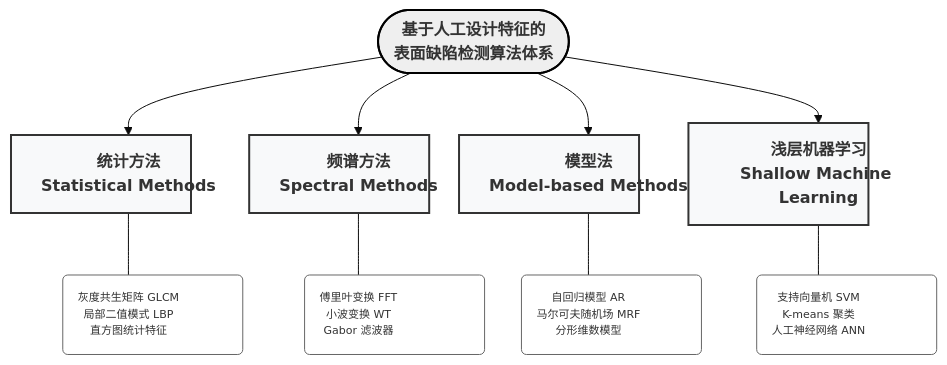
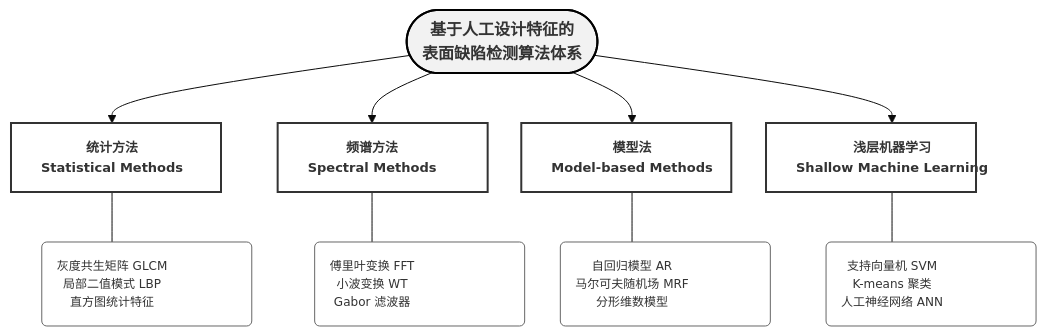
Before and after one commit to MAOSHENGsong/iodraw-files: the diagram in all/未命名-1.md, drawn with Mermaid (base theme).

Commit message:
2026-03-17 18:39:47 update

````diff
--- a/all/未命名-1.md
+++ b/all/未命名-1.md
@@ -1,46 +1,48 @@
 ```mermaid
 graph TB
-    %% 核心标题
+    %% 核心标题：双边弧形，加粗强调
     Main([基于人工设计特征的<br/>表面缺陷检测算法体系]) 
     
-    %% 第一层级：四大分支 (使用直角矩形)
+    %% 第一层级：四大分支 (直角矩形，深色边框)
     Statistical[统计方法<br/>Statistical Methods]
     Spectral[频谱方法<br/>Spectral Methods]
     Model[模型法<br/>Model-based Methods]
     Machine[浅层机器学习<br/>Shallow Machine Learning]
 
-    %% 第二层级：典型算法 (使用圆角矩形)
+    %% 第二层级：典型算法 (圆角矩形，细边框)
+    %% 通过在文字中手动加入 <br/> 确保不越位
     Sub_Stat(灰度共生矩阵 GLCM<br/>局部二值模式 LBP<br/>直方图统计特征)
     Sub_Spec(傅里叶变换 FFT<br/>小波变换 WT<br/>Gabor 滤波器)
     Sub_Mod(自回归模型 AR<br/>马尔可夫随机场 MRF<br/>分形维数模型)
     Sub_Mach(支持向量机 SVM<br/>K-means 聚类<br/>人工神经网络 ANN)
 
     %% 建立连接
     Main --> Statistical
     Main --> Spectral
     Main --> Model
     Main --> Machine
 
     Statistical --- Sub_Stat
     Spectral --- Sub_Spec
     Model --- Sub_Mod
     Machine --- Sub_Mach
 
-    %% --- 样式设计 ---
-    %% 标题：加粗，浅灰色背景
-    style Main fill:#efefef,stroke:#000,stroke-width:2px,font-weight:bold,width:250px
+    %% --- 样式设计：解决对齐与越位问题 ---
     
-    %% 第二层级：定义为 Level2 类，使用蓝色系（或深灰），加粗边框
-    classDef Level2 fill:#f8f9fa,stroke:#333,stroke-width:2px,width:180px,font-weight:bold;
+    %% 样式1：标题样式
+    style Main fill:#f2f2f2,stroke:#000,stroke-width:2px,font-weight:bold,width:260px
+    
+    %% 样式2：分类层级 (锁定 210px 宽度，确保容纳英文)
+    classDef Level2 fill:#ffffff,stroke:#333,stroke-width:2px,width:210px,font-weight:bold,font-size:13px;
     class Statistical,Spectral,Model,Machine Level2;
     
-    %% 第三层级：定义为 Level3 类，使用纯白背景，细边框，字体略小
-    classDef Level3 fill:#ffffff,stroke:#666,stroke-width:1px,width:180px,font-size:11px;
+    %% 样式3：算法层级 (宽度与 Level2 严格一致)
+    classDef Level3 fill:#ffffff,stroke:#666,stroke-width:1px,width:210px,font-size:12px;
     class Sub_Stat,Sub_Spec,Sub_Mod,Sub_Mach Level3;
 
-    %% 针对 ioDraw 的特定对齐微调
+    %% 强制所有节点文字居中，防止视觉偏移
     style Sub_Stat text-align:center
     style Sub_Spec text-align:center
     style Sub_Mod text-align:center
     style Sub_Mach text-align:center
 ```
````
